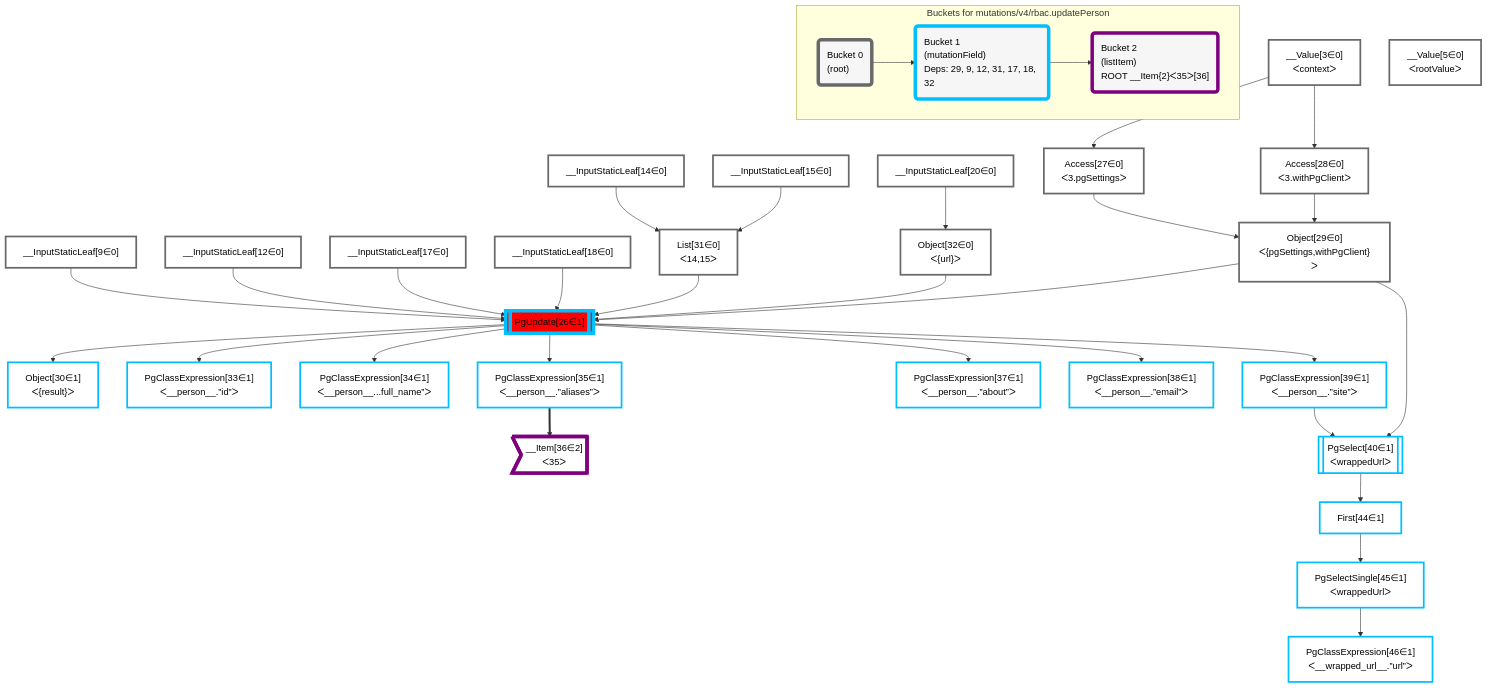
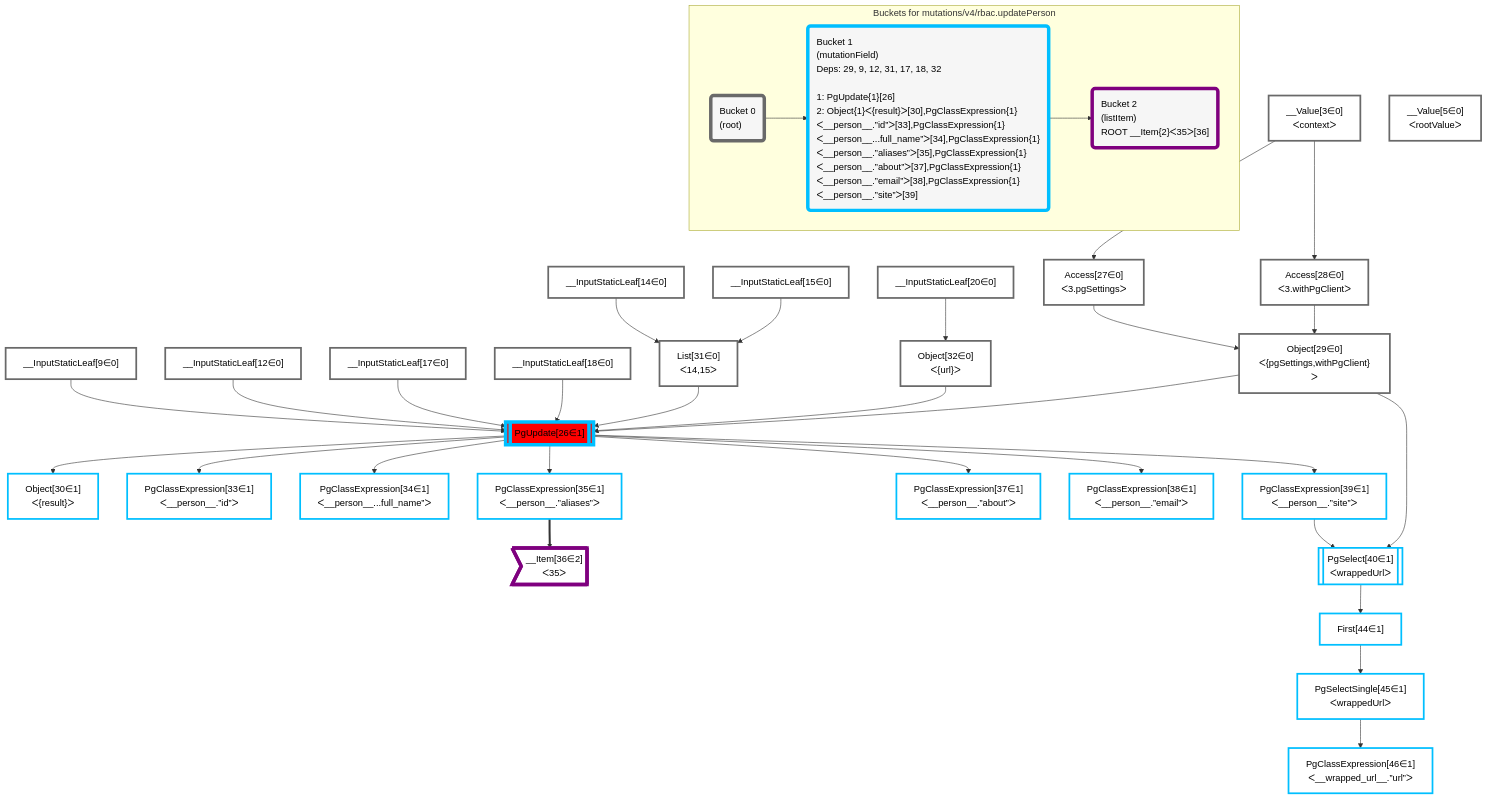
One commit to graphile/crystal changed the diagram in packages/postgraphile/__tests__/mutations/v4/rbac.updatePerson.mermaid. Above: the diagram before and after it, drawn with Mermaid. The commit also changed 27 other files, not shown here.

```diff
--- a/packages/postgraphile/__tests__/mutations/v4/rbac.updatePerson.mermaid
+++ b/packages/postgraphile/__tests__/mutations/v4/rbac.updatePerson.mermaid
@@ -1,72 +1,72 @@
 graph TD
     classDef path fill:#eee,stroke:#000,color:#000
     classDef plan fill:#fff,stroke-width:3px,color:#000
     classDef itemplan fill:#fff,stroke-width:6px,color:#000
     classDef sideeffectplan fill:#f00,stroke-width:6px,color:#000
     classDef bucket fill:#f6f6f6,color:#000,stroke-width:6px,text-align:left
 
 
     %% define steps
     __Value3["__Value[3∈0]<br />ᐸcontextᐳ"]:::plan
     __Value5["__Value[5∈0]<br />ᐸrootValueᐳ"]:::plan
     __InputStaticLeaf9["__InputStaticLeaf[9∈0]"]:::plan
     __InputStaticLeaf12["__InputStaticLeaf[12∈0]"]:::plan
     __InputStaticLeaf14["__InputStaticLeaf[14∈0]"]:::plan
     __InputStaticLeaf15["__InputStaticLeaf[15∈0]"]:::plan
     __InputStaticLeaf17["__InputStaticLeaf[17∈0]"]:::plan
     __InputStaticLeaf18["__InputStaticLeaf[18∈0]"]:::plan
     __InputStaticLeaf20["__InputStaticLeaf[20∈0]"]:::plan
     Access27["Access[27∈0]<br />ᐸ3.pgSettingsᐳ"]:::plan
     Access28["Access[28∈0]<br />ᐸ3.withPgClientᐳ"]:::plan
     Object29["Object[29∈0]<br />ᐸ{pgSettings,withPgClient}ᐳ"]:::plan
     List31["List[31∈0]<br />ᐸ14,15ᐳ"]:::plan
     Object32["Object[32∈0]<br />ᐸ{url}ᐳ"]:::plan
     PgUpdate26[["PgUpdate[26∈1]"]]:::sideeffectplan
     Object30["Object[30∈1]<br />ᐸ{result}ᐳ"]:::plan
     PgClassExpression33["PgClassExpression[33∈1]<br />ᐸ__person__.”id”ᐳ"]:::plan
     PgClassExpression34["PgClassExpression[34∈1]<br />ᐸ__person__...full_name”ᐳ"]:::plan
     PgClassExpression35["PgClassExpression[35∈1]<br />ᐸ__person__.”aliases”ᐳ"]:::plan
     __Item36>"__Item[36∈2]<br />ᐸ35ᐳ"]:::itemplan
     PgClassExpression37["PgClassExpression[37∈1]<br />ᐸ__person__.”about”ᐳ"]:::plan
     PgClassExpression38["PgClassExpression[38∈1]<br />ᐸ__person__.”email”ᐳ"]:::plan
     PgClassExpression39["PgClassExpression[39∈1]<br />ᐸ__person__.”site”ᐳ"]:::plan
     PgSelect40[["PgSelect[40∈1]<br />ᐸwrappedUrlᐳ"]]:::plan
     First44["First[44∈1]"]:::plan
     PgSelectSingle45["PgSelectSingle[45∈1]<br />ᐸwrappedUrlᐳ"]:::plan
     PgClassExpression46["PgClassExpression[46∈1]<br />ᐸ__wrapped_url__.”url”ᐳ"]:::plan
 
     %% plan dependencies
     __Value3 --> Access27
     __Value3 --> Access28
     Access27 & Access28 --> Object29
     __InputStaticLeaf14 & __InputStaticLeaf15 --> List31
     __InputStaticLeaf20 --> Object32
     Object29 & __InputStaticLeaf9 & __InputStaticLeaf12 & List31 & __InputStaticLeaf17 & __InputStaticLeaf18 & Object32 --> PgUpdate26
     PgUpdate26 --> Object30
     PgUpdate26 --> PgClassExpression33
     PgUpdate26 --> PgClassExpression34
     PgUpdate26 --> PgClassExpression35
     PgClassExpression35 ==> __Item36
     PgUpdate26 --> PgClassExpression37
     PgUpdate26 --> PgClassExpression38
     PgUpdate26 --> PgClassExpression39
     Object29 & PgClassExpression39 --> PgSelect40
     PgSelect40 --> First44
     First44 --> PgSelectSingle45
     PgSelectSingle45 --> PgClassExpression46
 
     %% plan-to-path relationships
 
     subgraph "Buckets for mutations/v4/rbac.updatePerson"
     Bucket0("Bucket 0<br />(root)"):::bucket
     classDef bucket0 stroke:#696969
     class Bucket0,__Value3,__Value5,__InputStaticLeaf9,__InputStaticLeaf12,__InputStaticLeaf14,__InputStaticLeaf15,__InputStaticLeaf17,__InputStaticLeaf18,__InputStaticLeaf20,Access27,Access28,Object29,List31,Object32 bucket0
-    Bucket1("Bucket 1<br />(mutationField)<br />Deps: 29, 9, 12, 31, 17, 18, 32"):::bucket
+    Bucket1("Bucket 1<br />(mutationField)<br />Deps: 29, 9, 12, 31, 17, 18, 32<br /><br />1: PgUpdate{1}[26]<br />2: Object{1}ᐸ{result}ᐳ[30],PgClassExpression{1}ᐸ__person__.”id”ᐳ[33],PgClassExpression{1}ᐸ__person__...full_name”ᐳ[34],PgClassExpression{1}ᐸ__person__.”aliases”ᐳ[35],PgClassExpression{1}ᐸ__person__.”about”ᐳ[37],PgClassExpression{1}ᐸ__person__.”email”ᐳ[38],PgClassExpression{1}ᐸ__person__.”site”ᐳ[39]"):::bucket
     classDef bucket1 stroke:#00bfff
     class Bucket1,PgUpdate26,Object30,PgClassExpression33,PgClassExpression34,PgClassExpression35,PgClassExpression37,PgClassExpression38,PgClassExpression39,PgSelect40,First44,PgSelectSingle45,PgClassExpression46 bucket1
     Bucket2("Bucket 2<br />(listItem)<br />ROOT __Item{2}ᐸ35ᐳ[36]"):::bucket
     classDef bucket2 stroke:#7f007f
     class Bucket2,__Item36 bucket2
     Bucket0 --> Bucket1
     Bucket1 --> Bucket2
     end
```
